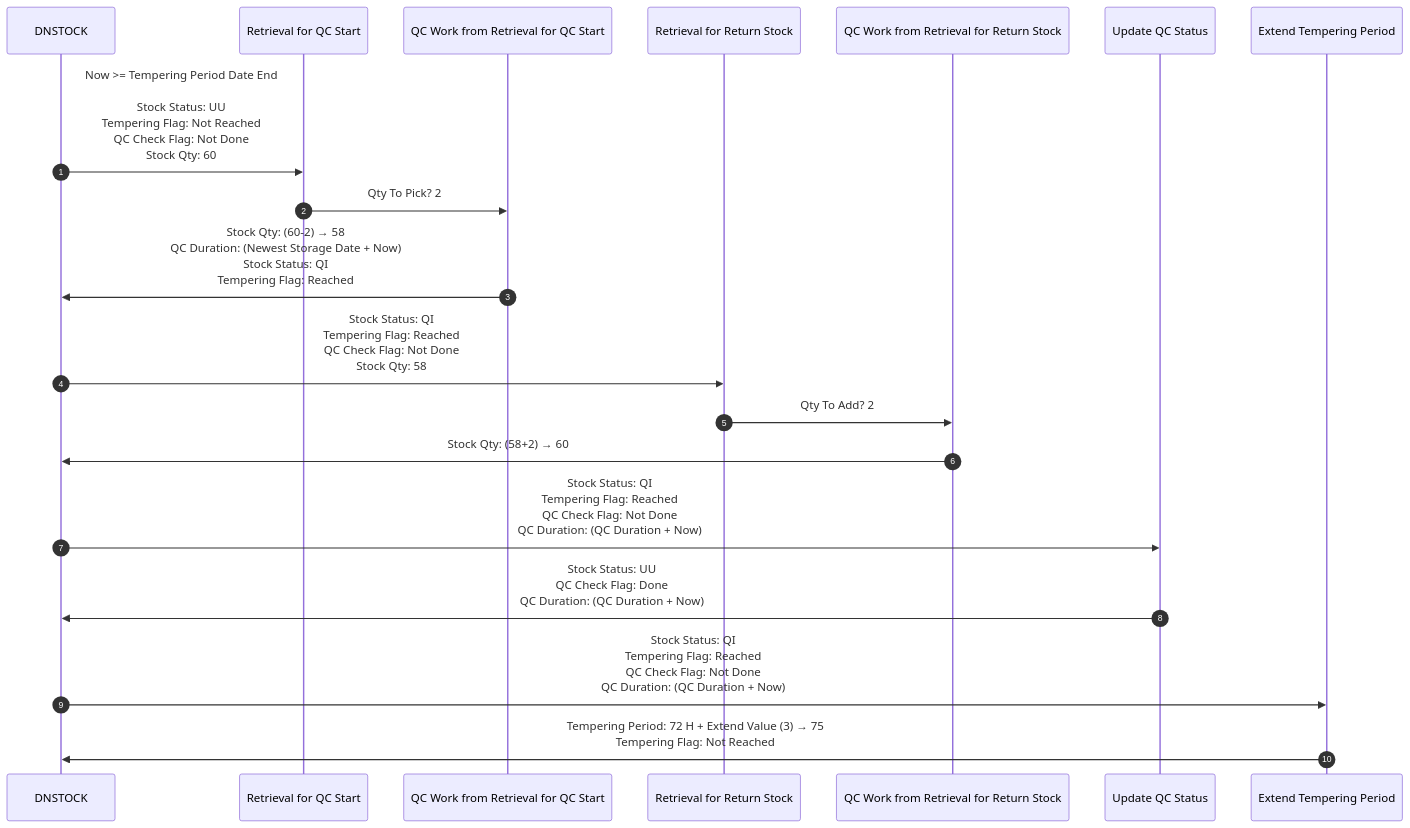
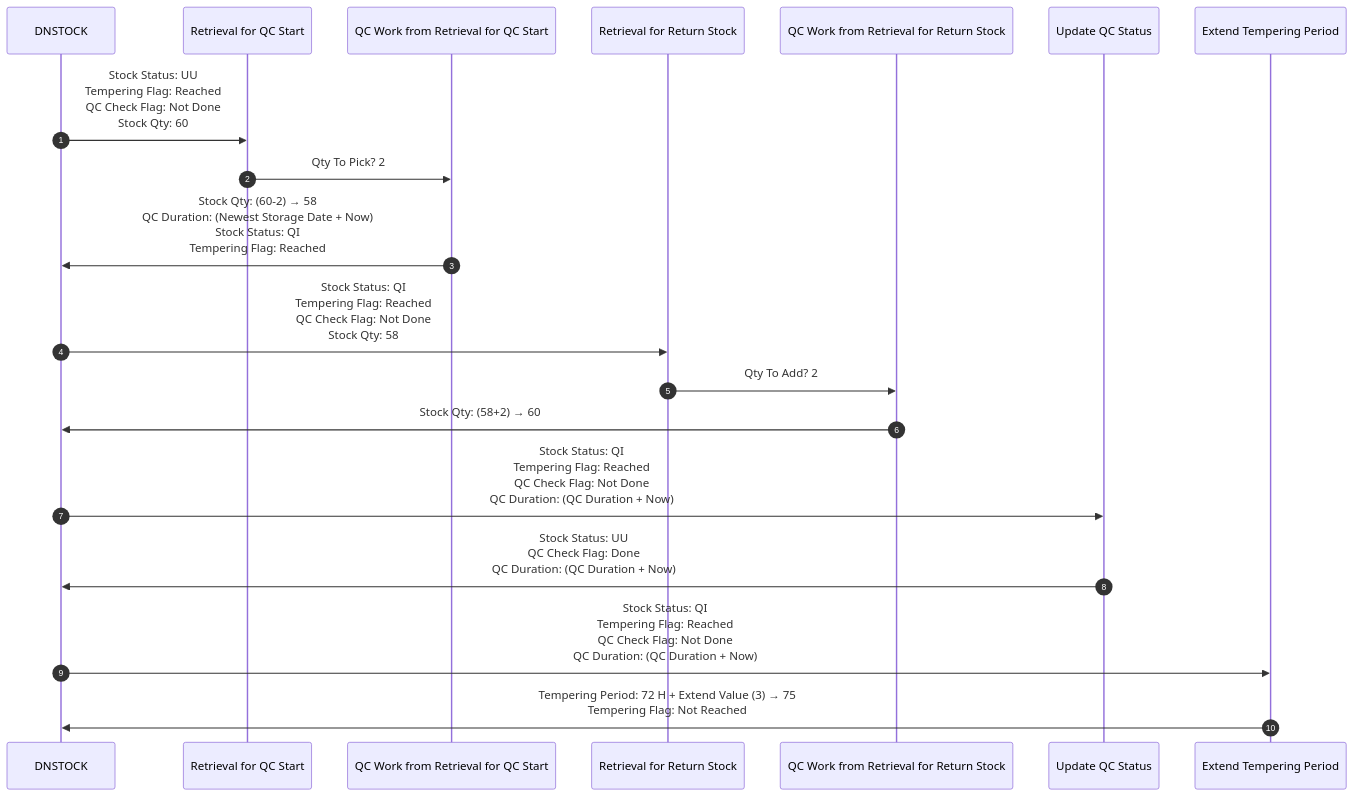
One commit to luthfiadityaa/SimeDarby-Wiki changed the diagram in Basic-Design/DFD-WMS/Retrieval/QC-Setting.md. Above: the diagram before and after it, drawn with Mermaid. The commit also changed other lines of this file, not shown here.

Commit message:
Updated QC Setting

```diff
--- a/Basic-Design/DFD-WMS/Retrieval/QC-Setting.md
+++ b/Basic-Design/DFD-WMS/Retrieval/QC-Setting.md
@@ -38,40 +38,40 @@
 ::: mermaid
 sequenceDiagram
     autonumber
 
     participant DNSTOCK
     participant Retrieval for QC Start
     participant QC Work from Retrieval for QC Start
     participant Retrieval for Return Stock
     participant QC Work from Retrieval for Return Stock
     participant Update QC Status
     participant Extend Tempering Period
 
     %% --- 1. DNSTOCK ---
-    DNSTOCK ->> Retrieval for QC Start: Now >= Tempering Period Date End <br><br> Stock Status: UU <br> Tempering Flag: Not Reached <br> QC Check Flag: Not Done <br> Stock Qty: 60
+    DNSTOCK ->> Retrieval for QC Start: Stock Status: UU <br> Tempering Flag: Reached <br> QC Check Flag: Not Done <br> Stock Qty: 60
 
 
     %% --- 2. Retrieval for QC Start ---
     Retrieval for QC Start ->> QC Work from Retrieval for QC Start: Qty To Pick?  2
 
     %% --- 3. QC Work from Retrieval for QC Start ---
     QC Work from Retrieval for QC Start ->> DNSTOCK: Stock Qty: (60-2) → 58 <br> QC Duration: (Newest Storage Date + Now) <br> Stock Status: QI <br> Tempering Flag: Reached
 
     %% --- 4. Retrieval for Return Stock ---
     DNSTOCK ->> Retrieval for Return Stock: Stock Status: QI <br> Tempering Flag: Reached <br> QC Check Flag: Not Done <br> Stock Qty: 58
 
     Retrieval for Return Stock ->> QC Work from Retrieval for Return Stock: Qty To Add?  2
 
     %% --- 5. QC Work from Retrieval for Return Stock ---
     QC Work from Retrieval for Return Stock ->> DNSTOCK: Stock Qty: (58+2) → 60
 
     %% --- 6. Update QC Status ---
     DNSTOCK ->> Update QC Status: Stock Status: QI <br> Tempering Flag: Reached <br> QC Check Flag: Not Done <br> QC Duration: (QC Duration + Now)
     
     Update QC Status ->> DNSTOCK: Stock Status: UU <br> QC Check Flag: Done <br> QC Duration: (QC Duration + Now)
 
     %% --- 7. Extend Tempering Period ---
     DNSTOCK ->> Extend Tempering Period: Stock Status: QI <br> Tempering Flag: Reached <br> QC Check Flag: Not Done <br> QC Duration: (QC Duration + Now)
 
     Extend Tempering Period ->> DNSTOCK: Tempering Period: 72 H + Extend Value (3) → 75 <br> Tempering Flag: Not Reached
 :::
```
